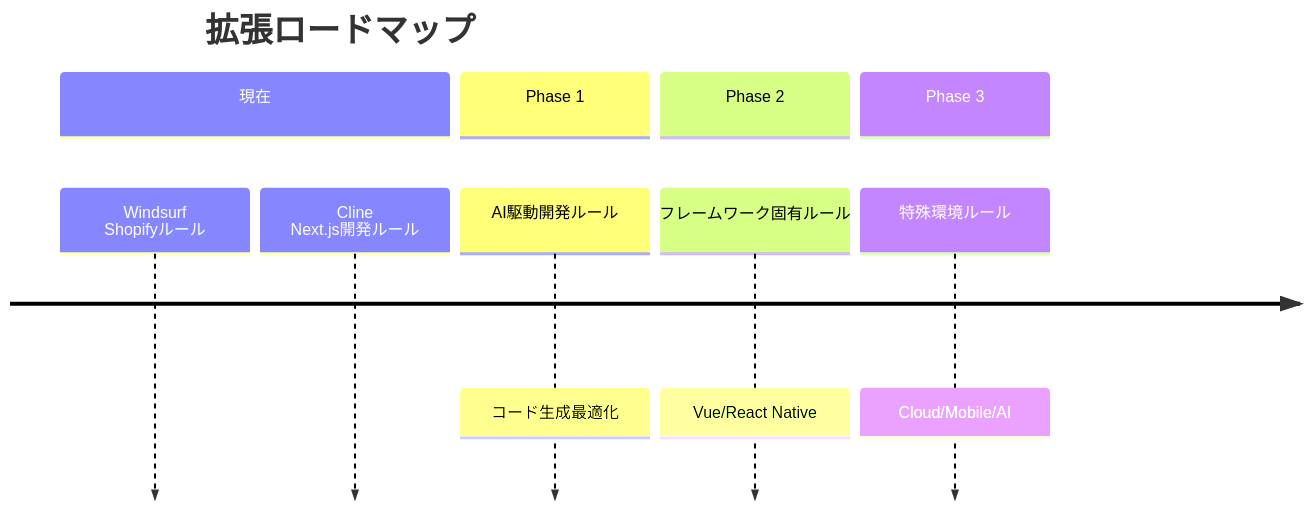
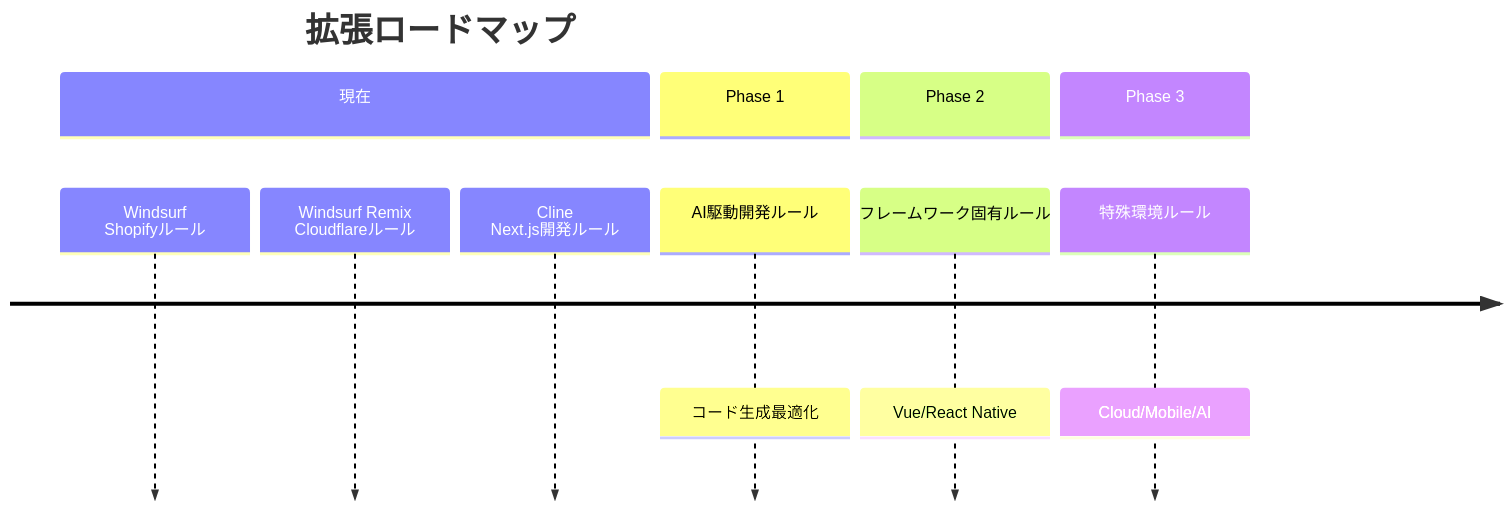
Before and after one commit to YunosukeYoshino/rules: the sixth of 7 diagrams in README.md, drawn with Mermaid. The commit also changed other lines of this file, not shown here.

Commit message:
Update README to include Remix Cloudflare rules

````diff
--- a/README.md
+++ b/README.md
@@ -106,13 +133,14 @@
 ```mermaid
 timeline
     title 拡張ロードマップ
     section 現在
         Windsurf Shopifyルール
+        Windsurf Remix Cloudflareルール
         Cline Next.js開発ルール
     section Phase 1
         AI駆動開発ルール : コード生成最適化
     section Phase 2
         フレームワーク固有ルール : Vue/React Native
     section Phase 3
         特殊環境ルール : Cloud/Mobile/AI
 ```
````
